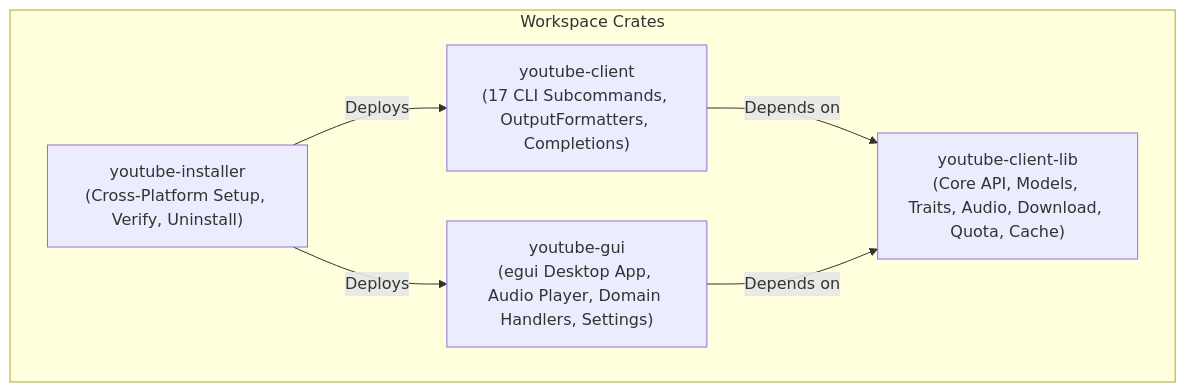
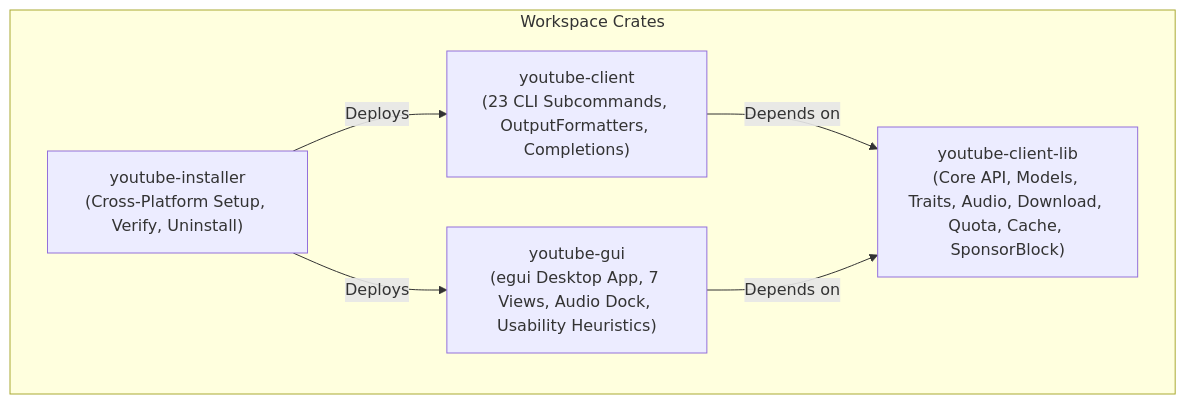
One commit to clockworkengineer/youtube-client changed the diagram in README.md. Above: the diagram before and after it, drawn with Mermaid. The commit also changed other lines of this file and 42 other files, not shown here.

````diff
--- a/README.md
+++ b/README.md
@@ -14,14 +15,14 @@
 ```mermaid
 graph TD
     subgraph "Workspace Crates"
-        LIB["youtube-client-lib<br/>(Core API, Models, Traits, Audio, Download, Quota, Cache)"]
-        CLI["youtube-client<br/>(17 CLI Subcommands, OutputFormatters, Completions)"]
-        GUI["youtube-gui<br/>(egui Desktop App, Audio Player, Domain Handlers, Settings)"]
+        LIB["youtube-client-lib<br/>(Core API, Models, Traits, Audio, Download, Quota, Cache, SponsorBlock)"]
+        CLI["youtube-client<br/>(23 CLI Subcommands, OutputFormatters, Completions)"]
+        GUI["youtube-gui<br/>(egui Desktop App, 7 Views, Audio Dock, Usability Heuristics)"]
         INST["youtube-installer<br/>(Cross-Platform Setup, Verify, Uninstall)"]
     end
 
     CLI -->|Depends on| LIB
     GUI -->|Depends on| LIB
     INST -->|Deploys| CLI
     INST -->|Deploys| GUI
 ```
````
